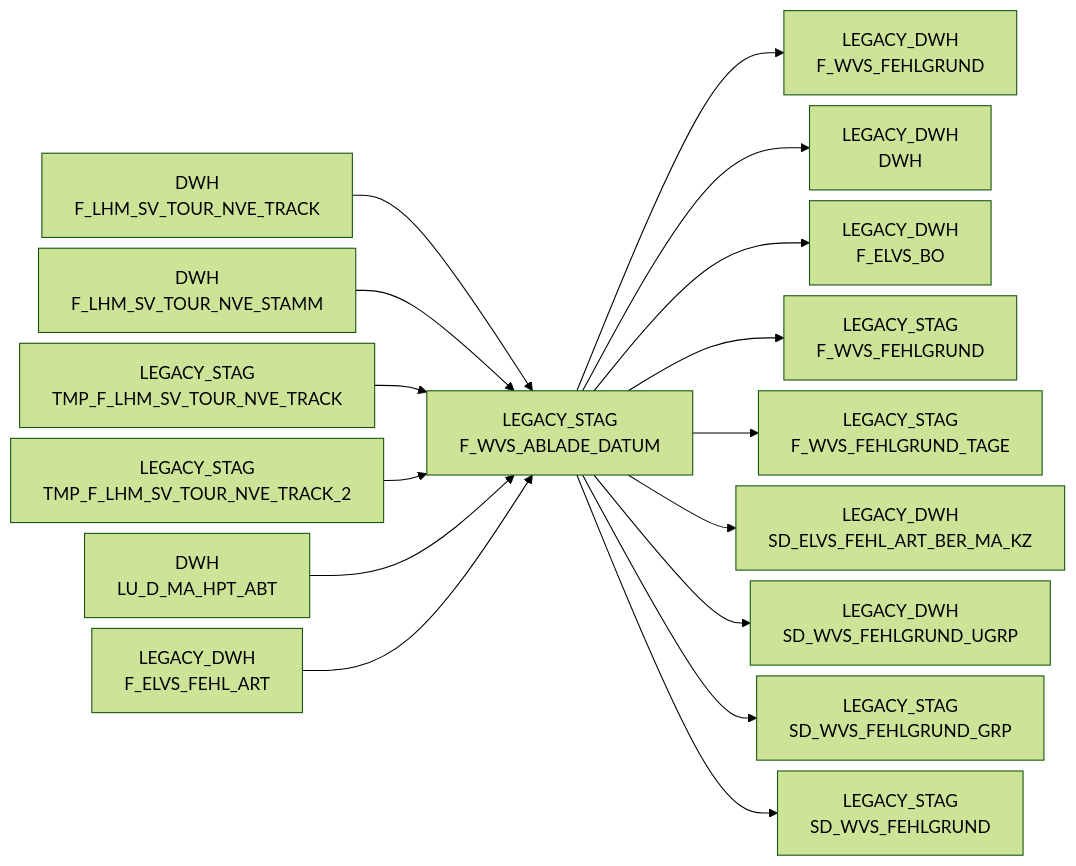
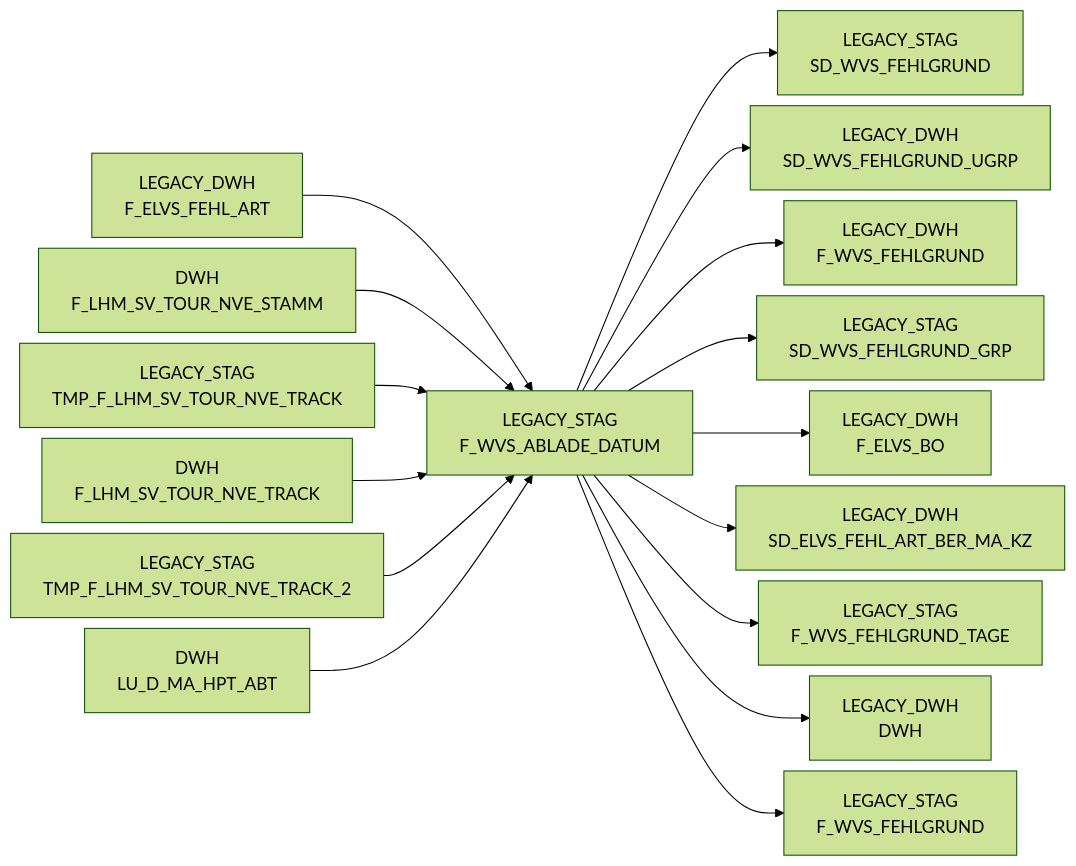
One commit to integration-factory-de/sas_code_docs changed the diagram in docs/Tables/LEGACY_STAG/F_WVS_ABLADE_DATUM.md. Above: the diagram before and after it, drawn with Mermaid (forest theme). The commit also changed other lines of this file and 129 other files, not shown here.

````diff
--- a/docs/Tables/LEGACY_STAG/F_WVS_ABLADE_DATUM.md
+++ b/docs/Tables/LEGACY_STAG/F_WVS_ABLADE_DATUM.md
@@ -9,51 +15,51 @@
 ```mermaid
 %%{init: {'flowchart': { 'nodeSpacing': 10, 'rankSpacing': 40, 'rankdir': 'TB' }}}%%
 
 flowchart LR
 
+  LEGACY_STAG.F_WVS_ABLADE_DATUM["LEGACY_STAG<br/>F_WVS_ABLADE_DATUM"] --> LEGACY_STAG.SD_WVS_FEHLGRUND["LEGACY_STAG<br/>SD_WVS_FEHLGRUND"]
+  LEGACY_STAG.F_WVS_ABLADE_DATUM["LEGACY_STAG<br/>F_WVS_ABLADE_DATUM"] --> LEGACY_DWH.SD_WVS_FEHLGRUND_UGRP["LEGACY_DWH<br/>SD_WVS_FEHLGRUND_UGRP"]
+  LEGACY_DWH.F_ELVS_FEHL_ART["LEGACY_DWH<br/>F_ELVS_FEHL_ART"] --> LEGACY_STAG.F_WVS_ABLADE_DATUM["LEGACY_STAG<br/>F_WVS_ABLADE_DATUM"]
   LEGACY_STAG.F_WVS_ABLADE_DATUM["LEGACY_STAG<br/>F_WVS_ABLADE_DATUM"] --> LEGACY_DWH.F_WVS_FEHLGRUND["LEGACY_DWH<br/>F_WVS_FEHLGRUND"]
-  DWH.F_LHM_SV_TOUR_NVE_TRACK["DWH<br/>F_LHM_SV_TOUR_NVE_TRACK"] --> LEGACY_STAG.F_WVS_ABLADE_DATUM["LEGACY_STAG<br/>F_WVS_ABLADE_DATUM"]
-  LEGACY_STAG.F_WVS_ABLADE_DATUM["LEGACY_STAG<br/>F_WVS_ABLADE_DATUM"] --> LEGACY_DWH.DWH["LEGACY_DWH<br/>DWH"]
   DWH.F_LHM_SV_TOUR_NVE_STAMM["DWH<br/>F_LHM_SV_TOUR_NVE_STAMM"] --> LEGACY_STAG.F_WVS_ABLADE_DATUM["LEGACY_STAG<br/>F_WVS_ABLADE_DATUM"]
   LEGACY_STAG.TMP_F_LHM_SV_TOUR_NVE_TRACK["LEGACY_STAG<br/>TMP_F_LHM_SV_TOUR_NVE_TRACK"] --> LEGACY_STAG.F_WVS_ABLADE_DATUM["LEGACY_STAG<br/>F_WVS_ABLADE_DATUM"]
+  LEGACY_STAG.F_WVS_ABLADE_DATUM["LEGACY_STAG<br/>F_WVS_ABLADE_DATUM"] --> LEGACY_STAG.SD_WVS_FEHLGRUND_GRP["LEGACY_STAG<br/>SD_WVS_FEHLGRUND_GRP"]
+  DWH.F_LHM_SV_TOUR_NVE_TRACK["DWH<br/>F_LHM_SV_TOUR_NVE_TRACK"] --> LEGACY_STAG.F_WVS_ABLADE_DATUM["LEGACY_STAG<br/>F_WVS_ABLADE_DATUM"]
+  LEGACY_STAG.F_WVS_ABLADE_DATUM["LEGACY_STAG<br/>F_WVS_ABLADE_DATUM"] --> LEGACY_DWH.F_ELVS_BO["LEGACY_DWH<br/>F_ELVS_BO"]
+  LEGACY_STAG.F_WVS_ABLADE_DATUM["LEGACY_STAG<br/>F_WVS_ABLADE_DATUM"] --> LEGACY_DWH.SD_ELVS_FEHL_ART_BER_MA_KZ["LEGACY_DWH<br/>SD_ELVS_FEHL_ART_BER_MA_KZ"]
+  LEGACY_STAG.F_WVS_ABLADE_DATUM["LEGACY_STAG<br/>F_WVS_ABLADE_DATUM"] --> LEGACY_STAG.F_WVS_FEHLGRUND_TAGE["LEGACY_STAG<br/>F_WVS_FEHLGRUND_TAGE"]
+  LEGACY_STAG.F_WVS_ABLADE_DATUM["LEGACY_STAG<br/>F_WVS_ABLADE_DATUM"] --> LEGACY_DWH.DWH["LEGACY_DWH<br/>DWH"]
   LEGACY_STAG.TMP_F_LHM_SV_TOUR_NVE_TRACK_2["LEGACY_STAG<br/>TMP_F_LHM_SV_TOUR_NVE_TRACK_2"] --> LEGACY_STAG.F_WVS_ABLADE_DATUM["LEGACY_STAG<br/>F_WVS_ABLADE_DATUM"]
-  LEGACY_STAG.F_WVS_ABLADE_DATUM["LEGACY_STAG<br/>F_WVS_ABLADE_DATUM"] --> LEGACY_DWH.F_ELVS_BO["LEGACY_DWH<br/>F_ELVS_BO"]
   LEGACY_STAG.F_WVS_ABLADE_DATUM["LEGACY_STAG<br/>F_WVS_ABLADE_DATUM"] --> LEGACY_STAG.F_WVS_FEHLGRUND["LEGACY_STAG<br/>F_WVS_FEHLGRUND"]
-  LEGACY_STAG.F_WVS_ABLADE_DATUM["LEGACY_STAG<br/>F_WVS_ABLADE_DATUM"] --> LEGACY_STAG.F_WVS_FEHLGRUND_TAGE["LEGACY_STAG<br/>F_WVS_FEHLGRUND_TAGE"]
-  LEGACY_STAG.F_WVS_ABLADE_DATUM["LEGACY_STAG<br/>F_WVS_ABLADE_DATUM"] --> LEGACY_DWH.SD_ELVS_FEHL_ART_BER_MA_KZ["LEGACY_DWH<br/>SD_ELVS_FEHL_ART_BER_MA_KZ"]
   DWH.LU_D_MA_HPT_ABT["DWH<br/>LU_D_MA_HPT_ABT"] --> LEGACY_STAG.F_WVS_ABLADE_DATUM["LEGACY_STAG<br/>F_WVS_ABLADE_DATUM"]
-  LEGACY_STAG.F_WVS_ABLADE_DATUM["LEGACY_STAG<br/>F_WVS_ABLADE_DATUM"] --> LEGACY_DWH.SD_WVS_FEHLGRUND_UGRP["LEGACY_DWH<br/>SD_WVS_FEHLGRUND_UGRP"]
-  LEGACY_STAG.F_WVS_ABLADE_DATUM["LEGACY_STAG<br/>F_WVS_ABLADE_DATUM"] --> LEGACY_STAG.SD_WVS_FEHLGRUND_GRP["LEGACY_STAG<br/>SD_WVS_FEHLGRUND_GRP"]
-  LEGACY_DWH.F_ELVS_FEHL_ART["LEGACY_DWH<br/>F_ELVS_FEHL_ART"] --> LEGACY_STAG.F_WVS_ABLADE_DATUM["LEGACY_STAG<br/>F_WVS_ABLADE_DATUM"]
-  LEGACY_STAG.F_WVS_ABLADE_DATUM["LEGACY_STAG<br/>F_WVS_ABLADE_DATUM"] --> LEGACY_STAG.SD_WVS_FEHLGRUND["LEGACY_STAG<br/>SD_WVS_FEHLGRUND"]
   click LEGACY_STAG.F_WVS_ABLADE_DATUM "../../tables/LEGACY_STAG/F_WVS_ABLADE_DATUM"
-  click DWH.F_LHM_SV_TOUR_NVE_TRACK "../../tables/DWH/F_LHM_SV_TOUR_NVE_TRACK"
+  click LEGACY_STAG.F_WVS_ABLADE_DATUM "../../tables/LEGACY_STAG/F_WVS_ABLADE_DATUM"
+  click LEGACY_DWH.F_ELVS_FEHL_ART "../../tables/LEGACY_DWH/F_ELVS_FEHL_ART"
   click LEGACY_STAG.F_WVS_ABLADE_DATUM "../../tables/LEGACY_STAG/F_WVS_ABLADE_DATUM"
   click DWH.F_LHM_SV_TOUR_NVE_STAMM "../../tables/DWH/F_LHM_SV_TOUR_NVE_STAMM"
   click LEGACY_STAG.TMP_F_LHM_SV_TOUR_NVE_TRACK "../../tables/LEGACY_STAG/TMP_F_LHM_SV_TOUR_NVE_TRACK"
-  click LEGACY_STAG.TMP_F_LHM_SV_TOUR_NVE_TRACK_2 "../../tables/LEGACY_STAG/TMP_F_LHM_SV_TOUR_NVE_TRACK_2"
+  click LEGACY_STAG.F_WVS_ABLADE_DATUM "../../tables/LEGACY_STAG/F_WVS_ABLADE_DATUM"
+  click DWH.F_LHM_SV_TOUR_NVE_TRACK "../../tables/DWH/F_LHM_SV_TOUR_NVE_TRACK"
   click LEGACY_STAG.F_WVS_ABLADE_DATUM "../../tables/LEGACY_STAG/F_WVS_ABLADE_DATUM"
   click LEGACY_STAG.F_WVS_ABLADE_DATUM "../../tables/LEGACY_STAG/F_WVS_ABLADE_DATUM"
   click LEGACY_STAG.F_WVS_ABLADE_DATUM "../../tables/LEGACY_STAG/F_WVS_ABLADE_DATUM"
   click LEGACY_STAG.F_WVS_ABLADE_DATUM "../../tables/LEGACY_STAG/F_WVS_ABLADE_DATUM"
+  click LEGACY_STAG.TMP_F_LHM_SV_TOUR_NVE_TRACK_2 "../../tables/LEGACY_STAG/TMP_F_LHM_SV_TOUR_NVE_TRACK_2"
+  click LEGACY_STAG.F_WVS_ABLADE_DATUM "../../tables/LEGACY_STAG/F_WVS_ABLADE_DATUM"
   click DWH.LU_D_MA_HPT_ABT "../../tables/DWH/LU_D_MA_HPT_ABT"
-  click LEGACY_STAG.F_WVS_ABLADE_DATUM "../../tables/LEGACY_STAG/F_WVS_ABLADE_DATUM"
-  click LEGACY_STAG.F_WVS_ABLADE_DATUM "../../tables/LEGACY_STAG/F_WVS_ABLADE_DATUM"
-  click LEGACY_DWH.F_ELVS_FEHL_ART "../../tables/LEGACY_DWH/F_ELVS_FEHL_ART"
+  click LEGACY_STAG.SD_WVS_FEHLGRUND "../../tables/LEGACY_STAG/SD_WVS_FEHLGRUND"
+  click LEGACY_DWH.SD_WVS_FEHLGRUND_UGRP "../../tables/LEGACY_DWH/SD_WVS_FEHLGRUND_UGRP"
   click LEGACY_STAG.F_WVS_ABLADE_DATUM "../../tables/LEGACY_STAG/F_WVS_ABLADE_DATUM"
   click LEGACY_DWH.F_WVS_FEHLGRUND "../../tables/LEGACY_DWH/F_WVS_FEHLGRUND"
   click LEGACY_STAG.F_WVS_ABLADE_DATUM "../../tables/LEGACY_STAG/F_WVS_ABLADE_DATUM"
+  click LEGACY_STAG.F_WVS_ABLADE_DATUM "../../tables/LEGACY_STAG/F_WVS_ABLADE_DATUM"
+  click LEGACY_STAG.SD_WVS_FEHLGRUND_GRP "../../tables/LEGACY_STAG/SD_WVS_FEHLGRUND_GRP"
+  click LEGACY_STAG.F_WVS_ABLADE_DATUM "../../tables/LEGACY_STAG/F_WVS_ABLADE_DATUM"
+  click LEGACY_DWH.F_ELVS_BO "../../tables/LEGACY_DWH/F_ELVS_BO"
+  click LEGACY_DWH.SD_ELVS_FEHL_ART_BER_MA_KZ "../../tables/LEGACY_DWH/SD_ELVS_FEHL_ART_BER_MA_KZ"
+  click LEGACY_STAG.F_WVS_FEHLGRUND_TAGE "../../tables/LEGACY_STAG/F_WVS_FEHLGRUND_TAGE"
   click LEGACY_DWH.DWH "../../tables/LEGACY_DWH/DWH"
   click LEGACY_STAG.F_WVS_ABLADE_DATUM "../../tables/LEGACY_STAG/F_WVS_ABLADE_DATUM"
+  click LEGACY_STAG.F_WVS_FEHLGRUND "../../tables/LEGACY_STAG/F_WVS_FEHLGRUND"
   click LEGACY_STAG.F_WVS_ABLADE_DATUM "../../tables/LEGACY_STAG/F_WVS_ABLADE_DATUM"
-  click LEGACY_STAG.F_WVS_ABLADE_DATUM "../../tables/LEGACY_STAG/F_WVS_ABLADE_DATUM"
-  click LEGACY_DWH.F_ELVS_BO "../../tables/LEGACY_DWH/F_ELVS_BO"
-  click LEGACY_STAG.F_WVS_FEHLGRUND "../../tables/LEGACY_STAG/F_WVS_FEHLGRUND"
-  click LEGACY_STAG.F_WVS_FEHLGRUND_TAGE "../../tables/LEGACY_STAG/F_WVS_FEHLGRUND_TAGE"
-  click LEGACY_DWH.SD_ELVS_FEHL_ART_BER_MA_KZ "../../tables/LEGACY_DWH/SD_ELVS_FEHL_ART_BER_MA_KZ"
-  click LEGACY_STAG.F_WVS_ABLADE_DATUM "../../tables/LEGACY_STAG/F_WVS_ABLADE_DATUM"
-  click LEGACY_DWH.SD_WVS_FEHLGRUND_UGRP "../../tables/LEGACY_DWH/SD_WVS_FEHLGRUND_UGRP"
-  click LEGACY_STAG.SD_WVS_FEHLGRUND_GRP "../../tables/LEGACY_STAG/SD_WVS_FEHLGRUND_GRP"
-  click LEGACY_STAG.F_WVS_ABLADE_DATUM "../../tables/LEGACY_STAG/F_WVS_ABLADE_DATUM"
-  click LEGACY_STAG.SD_WVS_FEHLGRUND "../../tables/LEGACY_STAG/SD_WVS_FEHLGRUND"
 ```
````
